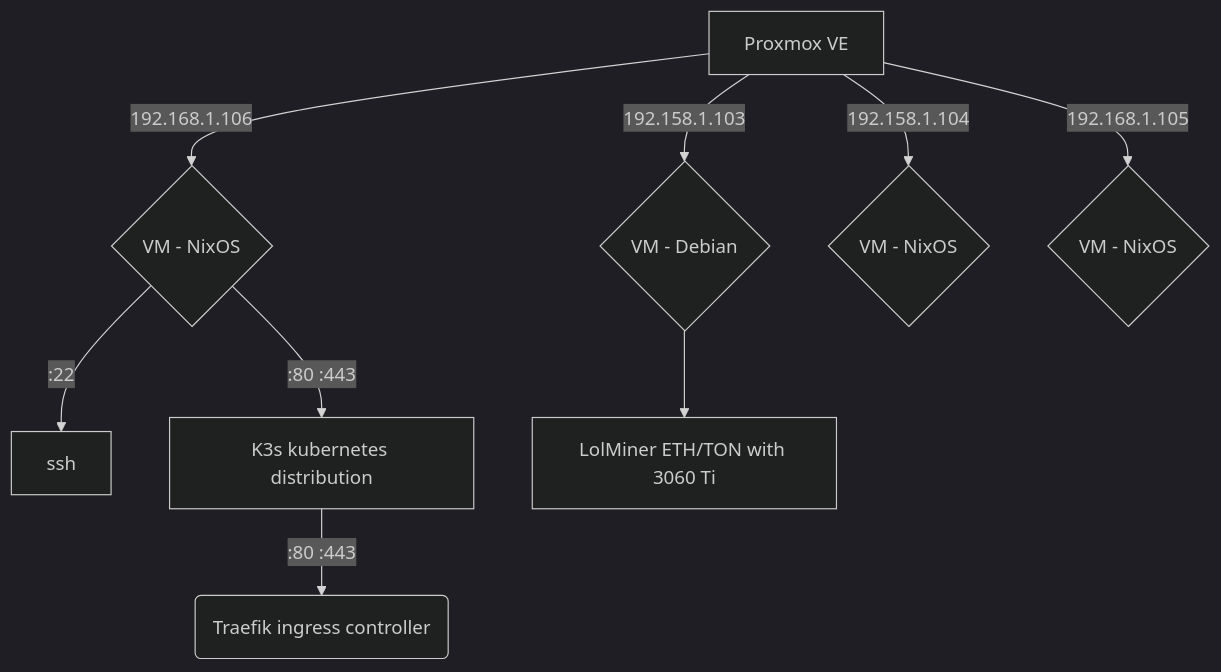
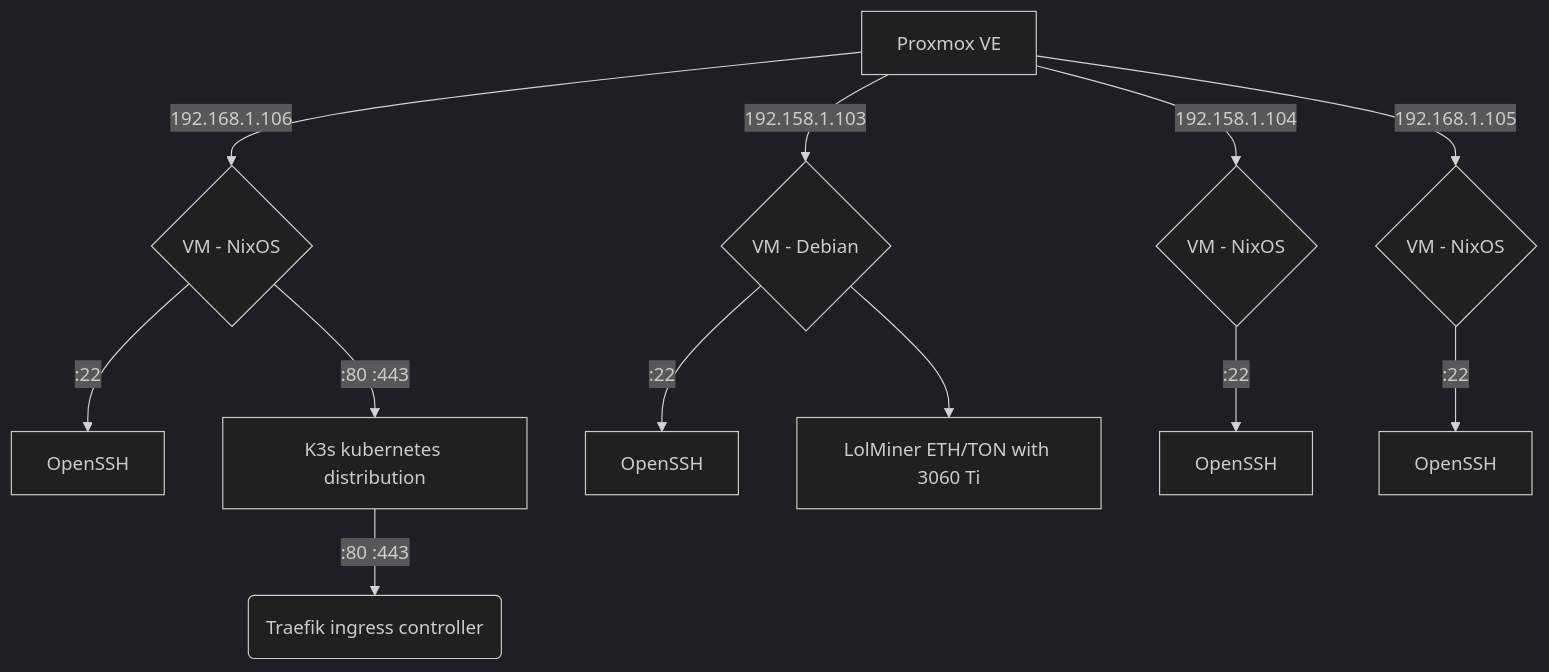
Before and after one commit to portothree/dotfiles: the diagram in homelab/README.md, drawn with Mermaid (dark theme).

````diff
--- a/homelab/README.md
+++ b/homelab/README.md
@@ -3,11 +3,14 @@
 ```mermaid
 flowchart TD
 	A[Proxmox VE] -->|192.168.1.106| 100{VM - NixOS};
-	100 -->|:22| 100_ssh[ssh];
+	100 -->|:22| 100_ssh[OpenSSH];
 	100 -->|:80 :443| K3s[K3s kubernetes distribution];
 	K3s -->|:80 :443| Traefik(Traefik ingress controller);
 	A -->|192.158.1.103| 102{VM - Debian};
+	102 -->|:22| 102_ssh[OpenSSH];
 	102 --> lolminer[LolMiner ETH/TON with 3060 Ti];
 	A -->|192.158.1.104| 103{VM - NixOS};
+	103 -->|:22| 103_ssh[OpenSSH];
 	A -->|192.168.1.105| 104{VM - NixOS};
+	104 -->|:22| 104_ssh[OpenSSH];
 ```
````
